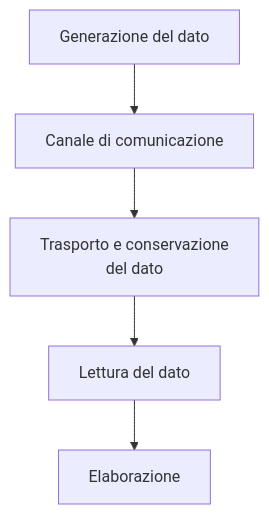
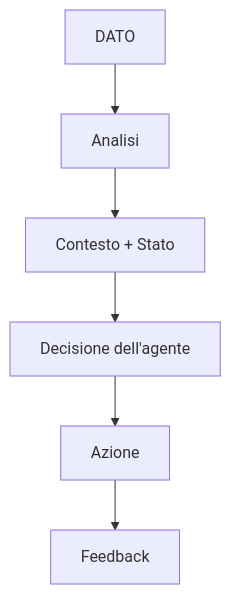
The third of 4 diagrams in docs/02-agentic-data-plane.md (giuliacacciamani17/v2-redpanda-agentic-smart-factory), drawn with Mermaid before and after one commit. The commit also changed other lines of this file, not shown here.

````diff
--- a/docs/02-agentic-data-plane.md
+++ b/docs/02-agentic-data-plane.md
@@ -13,13 +112,8 @@
 ```mermaid
 flowchart TD
-    A["Generazione del dato"]
-    B["Canale di comunicazione"]
-    C["Trasporto e conservazione<br/>del dato"]
-    D["Lettura del dato"]
-    E["Elaborazione"]
-
-    A --> B
-    B --> C
-    C --> D
-    D --> E
+    A[DATO] --> B[Analisi]
+    B --> C[Contesto + Stato]
+    C --> D["Decisione dell'agente"]
+    D --> E[Azione]
+    E --> F[Feedback]
 ```
````
